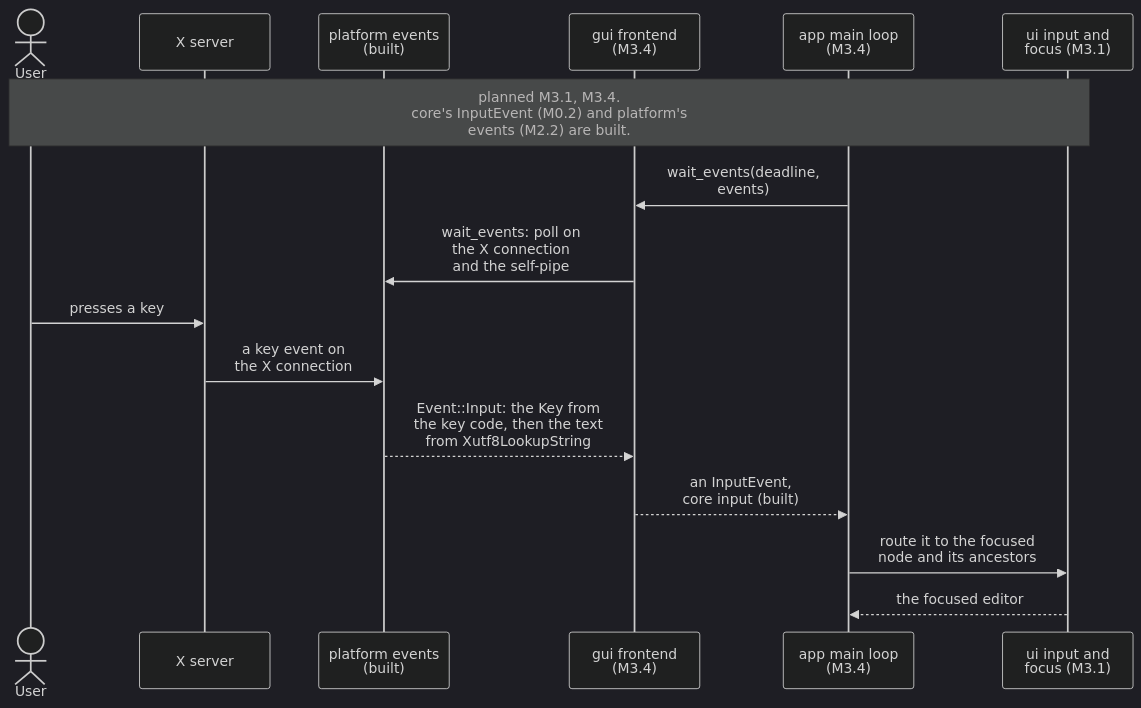
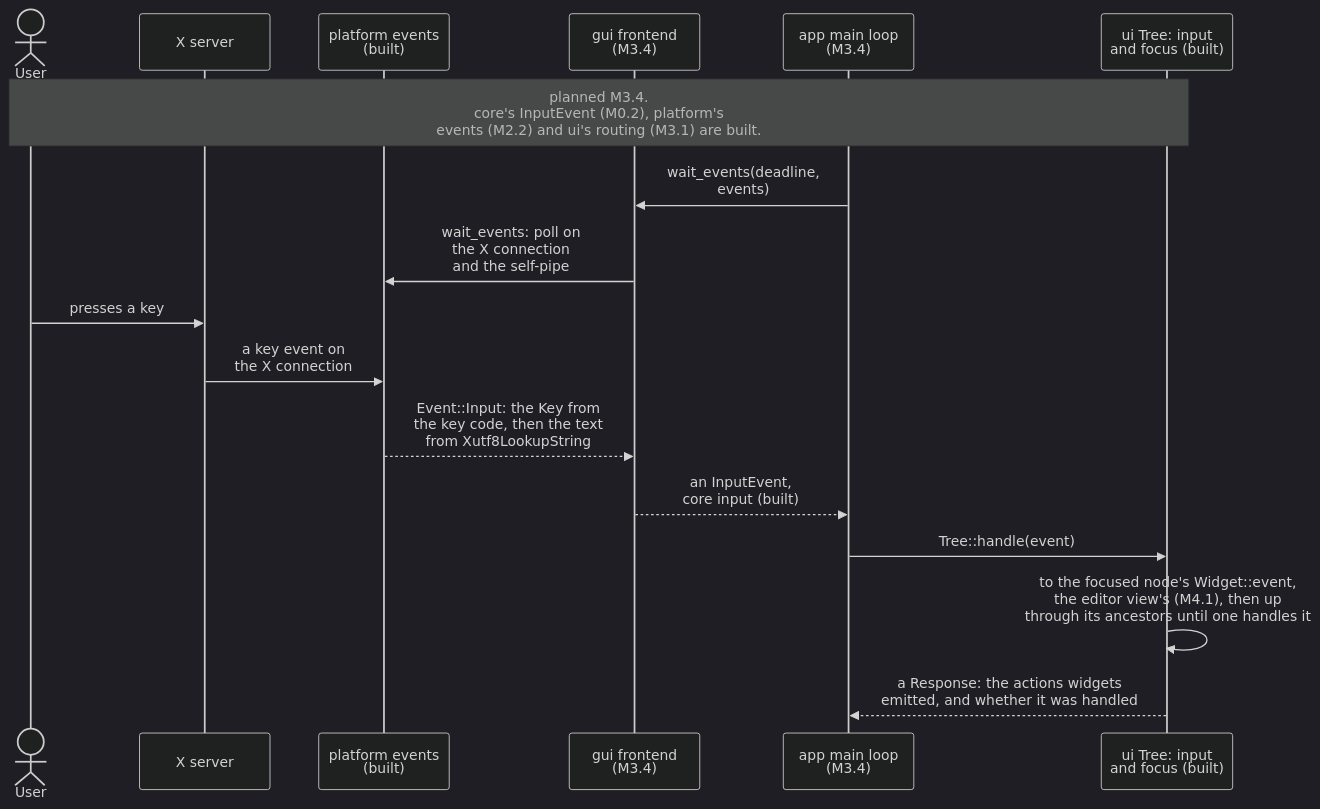
Diagram 12 of 23 in diagrams/sequence-diagrams.md (jabbott-iii/Tidepool), drawn with Mermaid (dark theme) before and after one commit. The commit also changed other lines of this file and 32 other files, not shown here.

First line of the commit message:
ui: tree, layout, focus, input, metrics, draw and a11y (M3.1)

````diff
--- a/diagrams/sequence-diagrams.md
+++ b/diagrams/sequence-diagrams.md
@@ -639,19 +640,20 @@
 ```mermaid
 sequenceDiagram
     actor User
     participant Disp as X server
     participant Plat as platform events<br/>(built)
     participant Fe as gui frontend<br/>(M3.4)
     participant ML as app main loop<br/>(M3.4)
-    participant Ui as ui input and<br/>focus (M3.1)
+    participant Ui as ui Tree: input<br/>and focus (built)
 
-    Note over User,Ui: planned M3.1, M3.4.<br/>core's InputEvent (M0.2) and platform's<br/>events (M2.2) are built.
+    Note over User,Ui: planned M3.4.<br/>core's InputEvent (M0.2), platform's<br/>events (M2.2) and ui's routing (M3.1) are built.
     ML->>Fe: wait_events(deadline,<br/>events)
     Fe->>Plat: wait_events: poll on<br/>the X connection<br/>and the self-pipe
     User->>Disp: presses a key
     Disp->>Plat: a key event on<br/>the X connection
     Plat-->>Fe: Event::Input: the Key from<br/>the key code, then the text<br/>from Xutf8LookupString
     Fe-->>ML: an InputEvent,<br/>core input (built)
-    ML->>Ui: route it to the focused<br/>node and its ancestors
-    Ui-->>ML: the focused editor
+    ML->>Ui: Tree::handle(event)
+    Ui->>Ui: to the focused node's Widget::event,<br/>the editor view's (M4.1), then up<br/>through its ancestors until one handles it
+    Ui-->>ML: a Response: the actions widgets<br/>emitted, and whether it was handled
 ```
````
